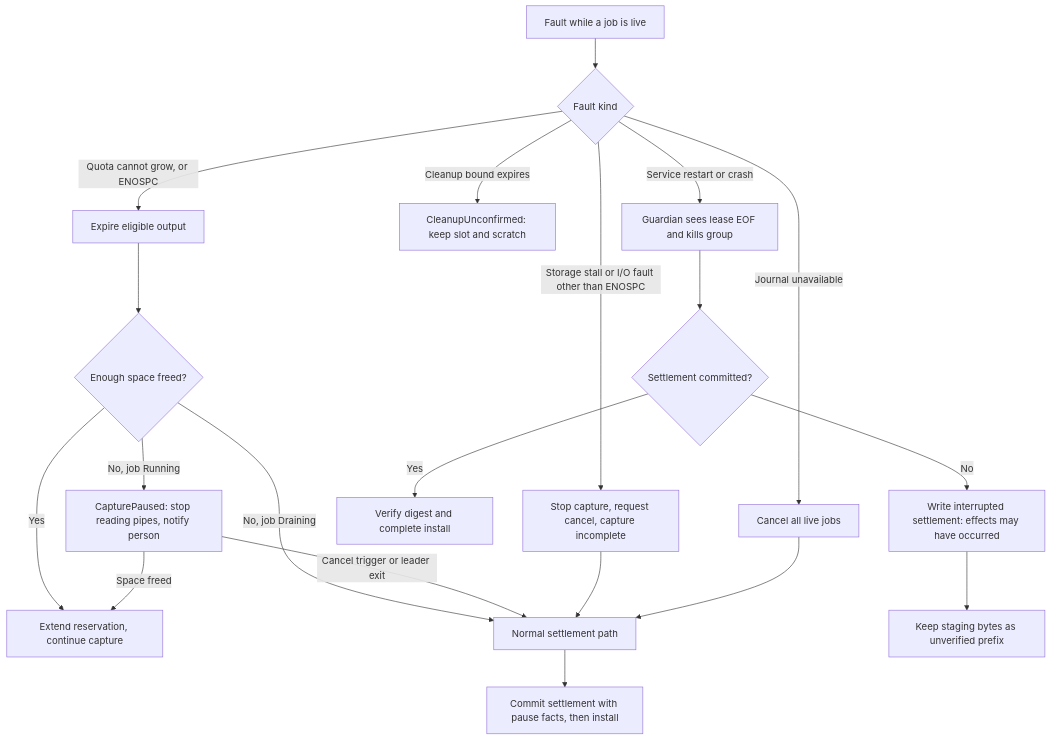
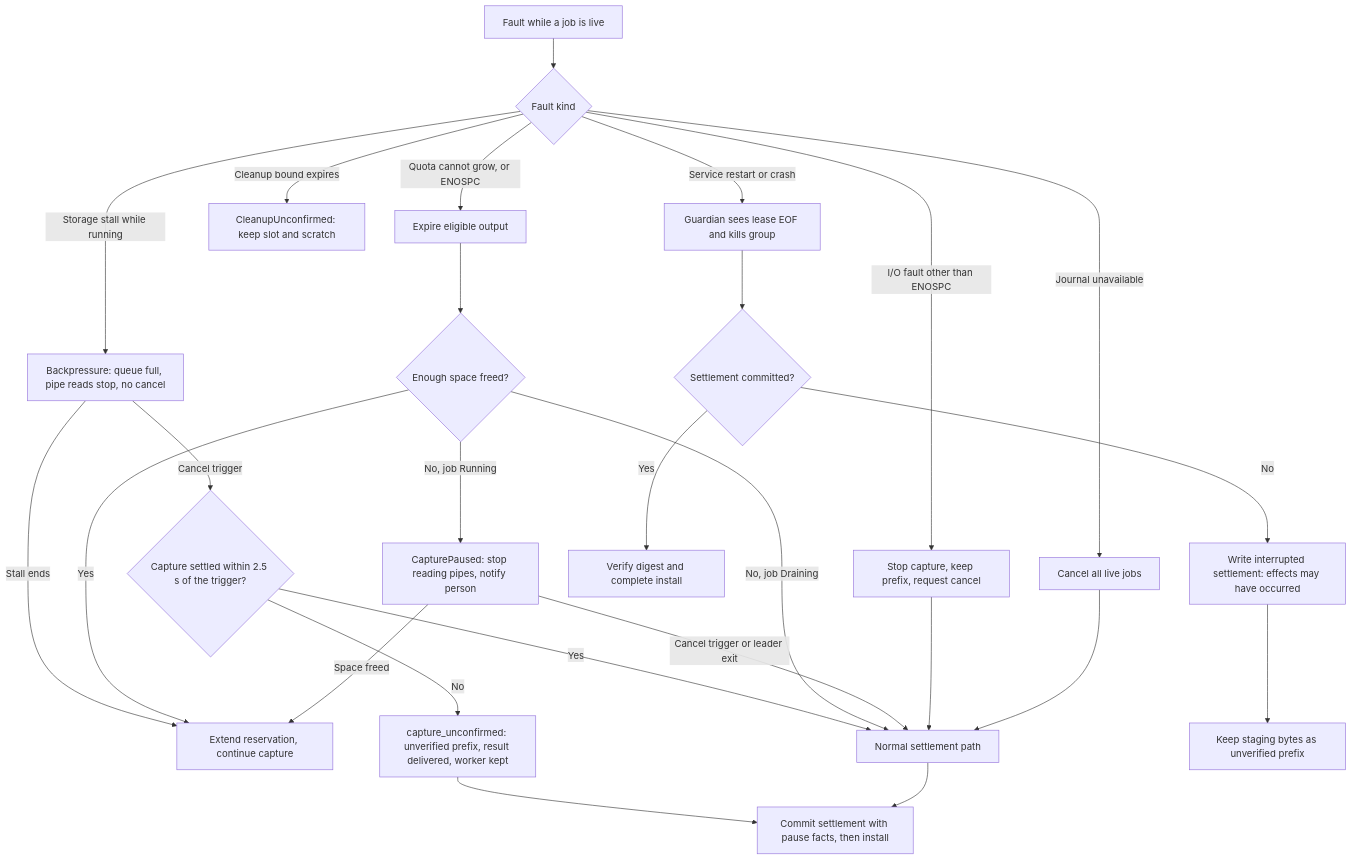
The fifth of 8 diagrams in docs/designs/tool-job-controller.md (pidster/asura), drawn with Mermaid before and after one commit. The commit also changed other lines of this file and 7 other files, not shown here.

````diff
--- a/docs/designs/tool-job-controller.md
+++ b/docs/designs/tool-job-controller.md
@@ -758,22 +761,28 @@
 ```mermaid
 flowchart TD
     Fault[Fault while a job is live] --> Kind{Fault kind}
-    Kind -->|Storage stall or I/O fault other than ENOSPC| Stall[Stop capture, request cancel, capture incomplete]
+    Kind -->|Storage stall while running| Back[Backpressure: queue full, pipe reads stop, no cancel]
+    Back -->|Stall ends| Continue
+    Back -->|Cancel trigger| Bound{Capture settled within 2.5 s of the trigger?}
+    Bound -->|Yes| Settle
+    Bound -->|No| Unconf2[capture_unconfirmed: unverified prefix, result delivered, worker kept]
+    Unconf2 --> Recorded
+    Kind -->|I/O fault other than ENOSPC| Stall[Stop capture, keep prefix, request cancel]
     Kind -->|Journal unavailable| Unavail[Cancel all live jobs]
     Kind -->|Quota cannot grow, or ENOSPC| Expire[Expire eligible output]
     Expire --> Freed{Enough space freed?}
     Freed -->|Yes| Continue[Extend reservation, continue capture]
     Freed -->|No, job Running| Paused[CapturePaused: stop reading pipes, notify person]
     Freed -->|No, job Draining| Settle
     Paused -->|Space freed| Continue
     Paused -->|Cancel trigger or leader exit| Settle
     Kind -->|Cleanup bound expires| Unconf[CleanupUnconfirmed: keep slot and scratch]
     Kind -->|Service restart or crash| Restart[Guardian sees lease EOF and kills group]
     Stall --> Settle[Normal settlement path]
     Unavail --> Settle
     Settle --> Recorded[Commit settlement with pause facts, then install]
     Restart --> Replay{Settlement committed?}
     Replay -->|Yes| Install[Verify digest and complete install]
     Replay -->|No| Interrupted[Write interrupted settlement: effects may have occurred]
     Interrupted --> Partial[Keep staging bytes as unverified prefix]
 ```
````
